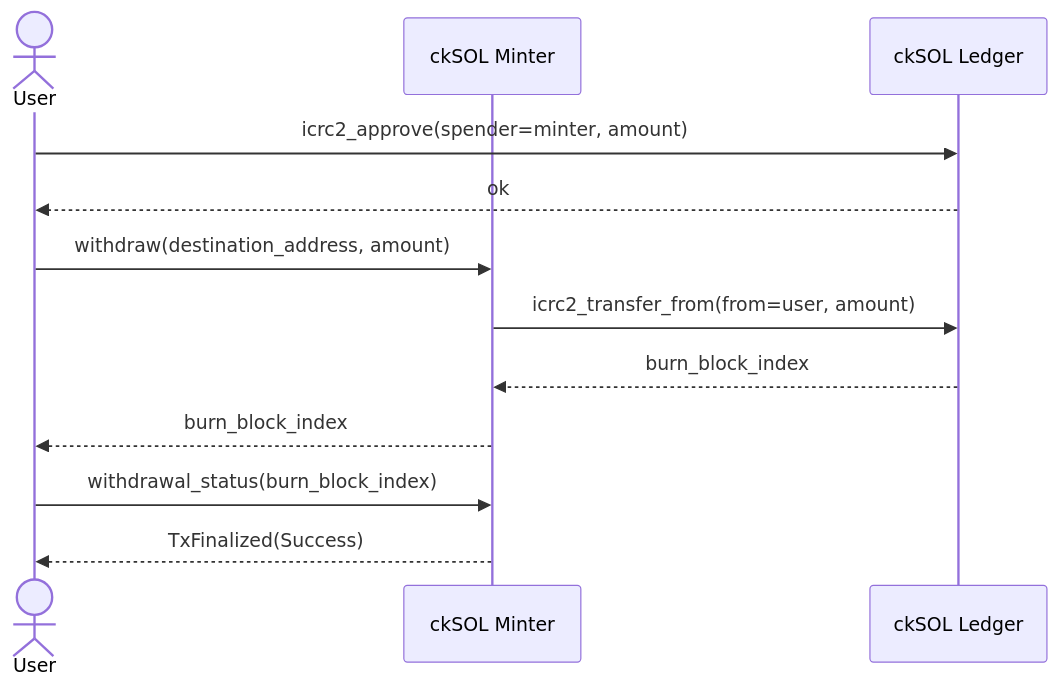
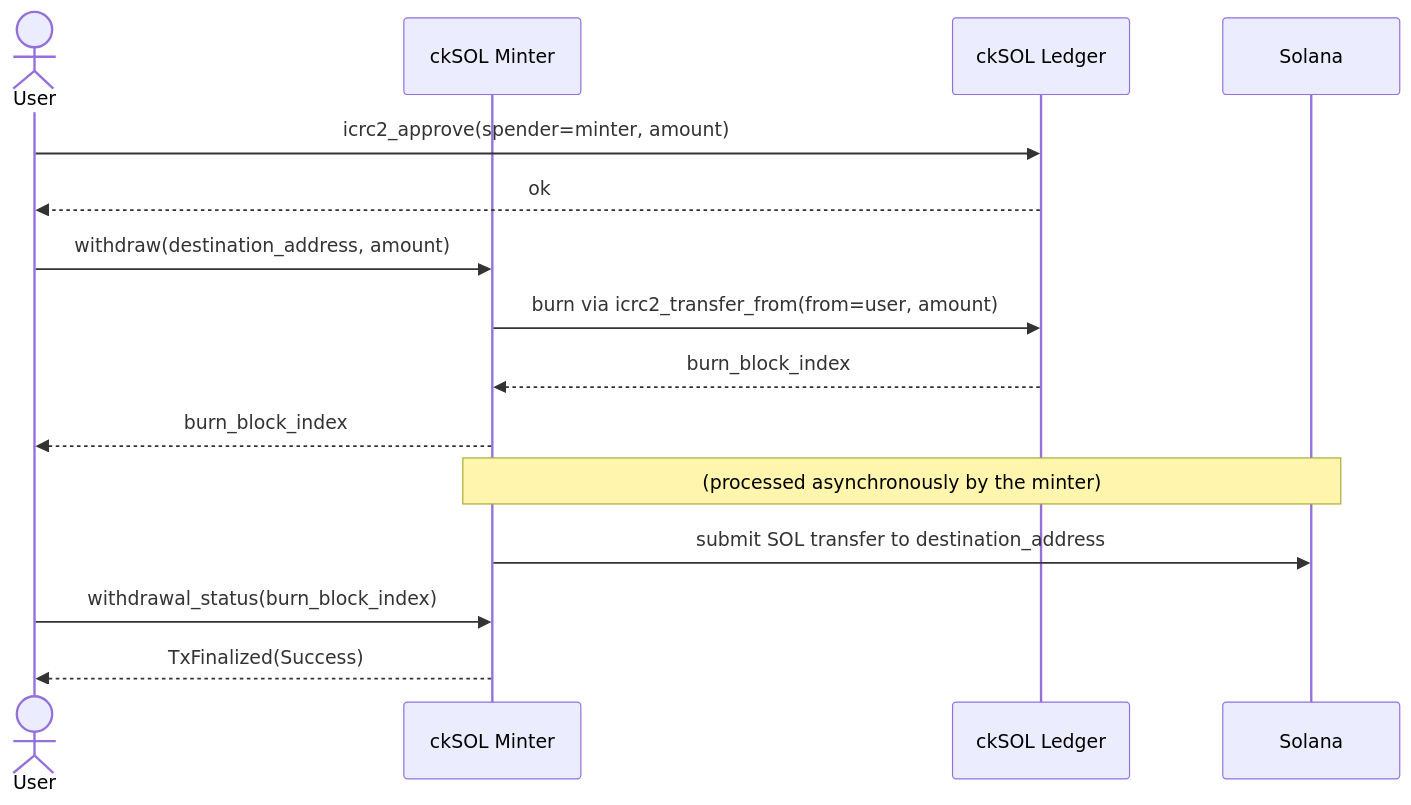
One commit to dfinity/cksol changed the second of 2 diagrams in README.md. Above: the diagram before and after it, drawn with Mermaid. The commit also changed other lines of this file, not shown here.

Commit message:
docs: add Solana to sequence diagrams and clarify burn/async semantics
- Add Solana participant to both deposit and withdrawal diagrams
- Deposit: show user's SOL transfer and minter fetching/verifying the tx
- Withdrawal: show minter submitting SOL transfer asynchronously
- Label icrc2_transfer_from as a burn in the withdrawal diagram

````diff
--- a/README.md
+++ b/README.md
@@ -75,17 +80,21 @@
 ```mermaid
 sequenceDiagram
     actor User
     participant Minter as ckSOL Minter
     participant Ledger as ckSOL Ledger
+    participant Solana
 
     User->>Ledger: icrc2_approve(spender=minter, amount)
     Ledger-->>User: ok
 
     User->>Minter: withdraw(destination_address, amount)
-    Minter->>Ledger: icrc2_transfer_from(from=user, amount)
+    Minter->>Ledger: burn via icrc2_transfer_from(from=user, amount)
     Ledger-->>Minter: burn_block_index
     Minter-->>User: burn_block_index
+
+    Note over Minter,Solana: (processed asynchronously by the minter)
+    Minter->>Solana: submit SOL transfer to destination_address
 
     User->>Minter: withdrawal_status(burn_block_index)
     Minter-->>User: TxFinalized(Success)
 ```
````
